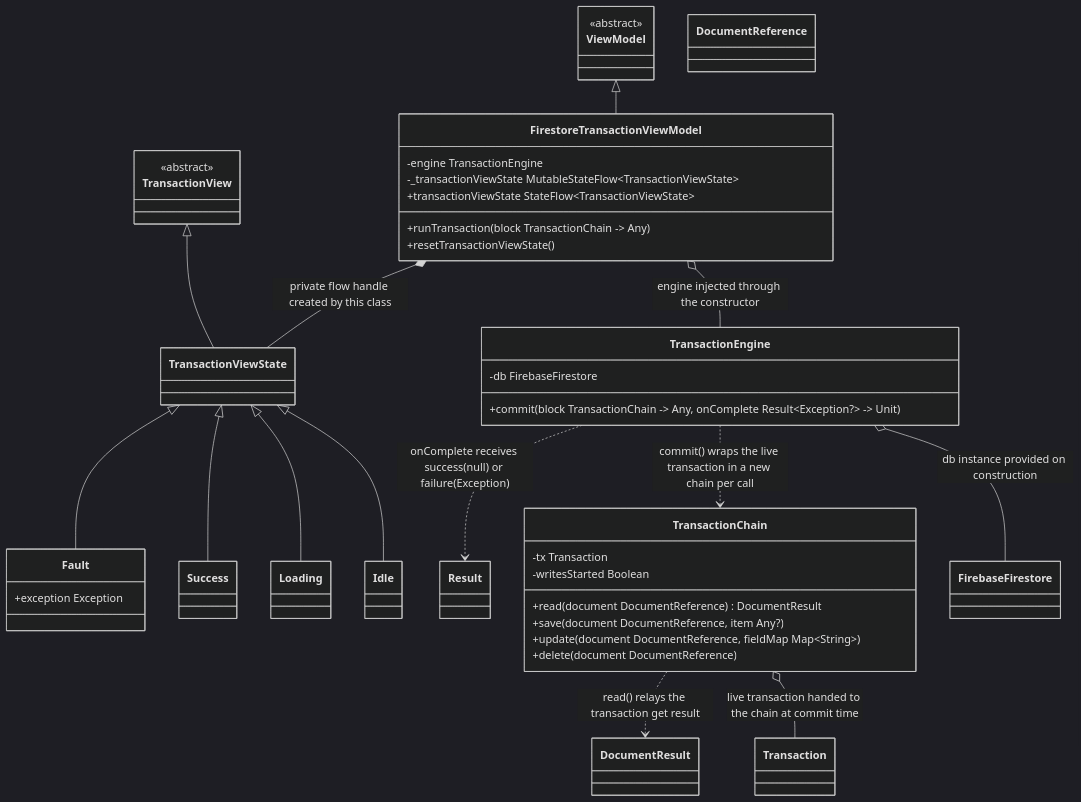
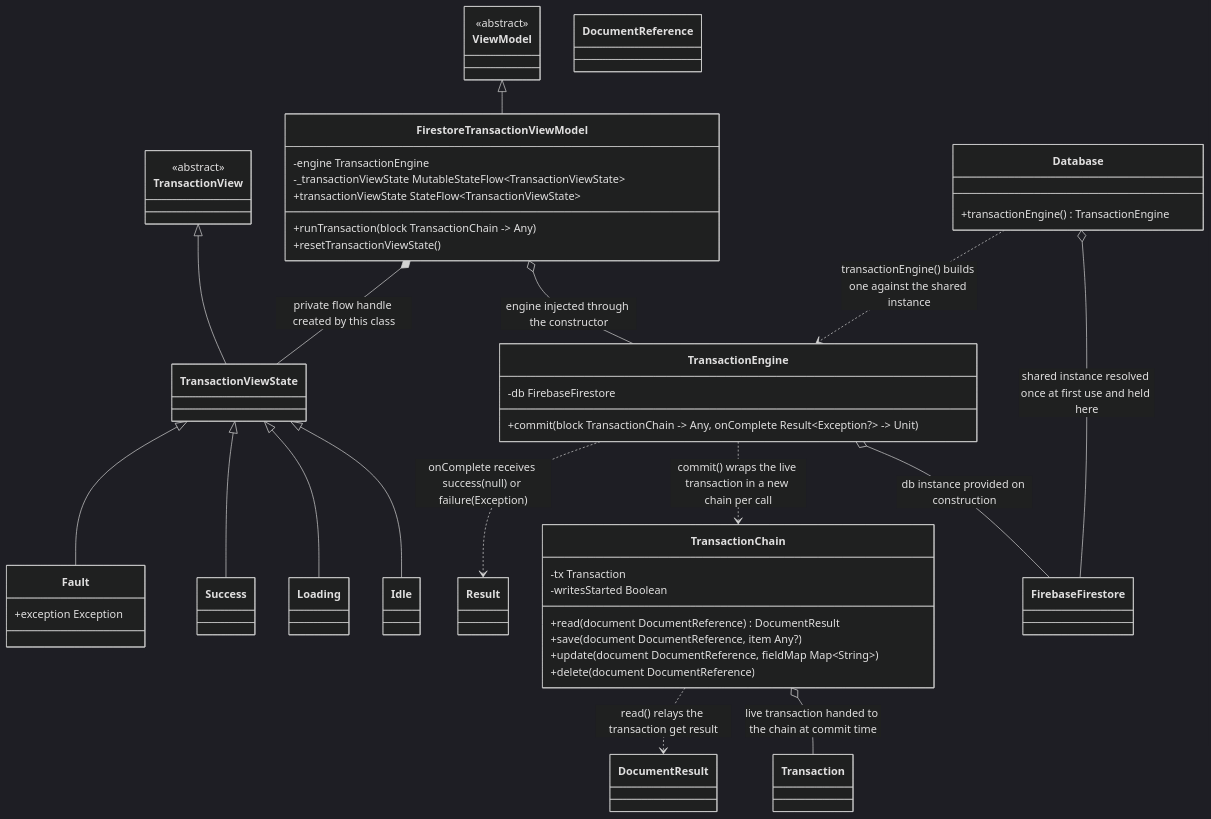
The diagram in documentation/Transactions.md (Quaser301/quasar-flow), drawn with Mermaid (dark theme) before and after one commit. The commit also changed other lines of this file, not shown here.

Commit message:
Documented the Database accessors and their shared instance in the transaction UML

````diff
--- a/documentation/Transactions.md
+++ b/documentation/Transactions.md
@@ -10,51 +11,56 @@
 ```mermaid
 classDiagram
     class TransactionEngine {
         -db FirebaseFirestore
         +commit(block TransactionChain -> Any, onComplete Result~Exception?~ -> Unit)
     }
     class TransactionChain {
         -tx Transaction
         -writesStarted Boolean
         +read(document DocumentReference) DocumentResult
         +save(document DocumentReference, item Any?)
         +update(document DocumentReference, fieldMap Map~String~)
         +delete(document DocumentReference)
     }
     class TransactionView <<abstract>>
     class TransactionViewState
     class Idle
     class Loading
     class Success
     class Fault {
         +exception Exception
     }
     class ViewModel <<abstract>>
     class FirestoreTransactionViewModel {
         -engine TransactionEngine
         -_transactionViewState MutableStateFlow~TransactionViewState~
         +transactionViewState StateFlow~TransactionViewState~
         +runTransaction(block TransactionChain -> Any)
         +resetTransactionViewState()
     }
+    class Database {
+        +transactionEngine() TransactionEngine
+    }
     class FirebaseFirestore
     class Transaction
     class DocumentReference
     class DocumentResult
     class Result
 
     TransactionView <|-- TransactionViewState
     TransactionViewState <|-- Idle
     TransactionViewState <|-- Loading
     TransactionViewState <|-- Success
     TransactionViewState <|-- Fault
     ViewModel <|-- FirestoreTransactionViewModel
 
+    Database o-- FirebaseFirestore : shared instance resolved once at first use and held here
     TransactionEngine o-- FirebaseFirestore : db instance provided on construction
     TransactionChain o-- Transaction : live transaction handed to the chain at commit time
     FirestoreTransactionViewModel o-- TransactionEngine : engine injected through the constructor
     FirestoreTransactionViewModel *-- TransactionViewState : private flow handle created by this class
     TransactionEngine ..> TransactionChain : commit() wraps the live transaction in a new chain per call
     TransactionChain ..> DocumentResult : read() relays the transaction get result
     TransactionEngine ..> Result : onComplete receives success(null) or failure(Exception)
+    Database ..> TransactionEngine : transactionEngine() builds one against the shared instance
 ```
````
